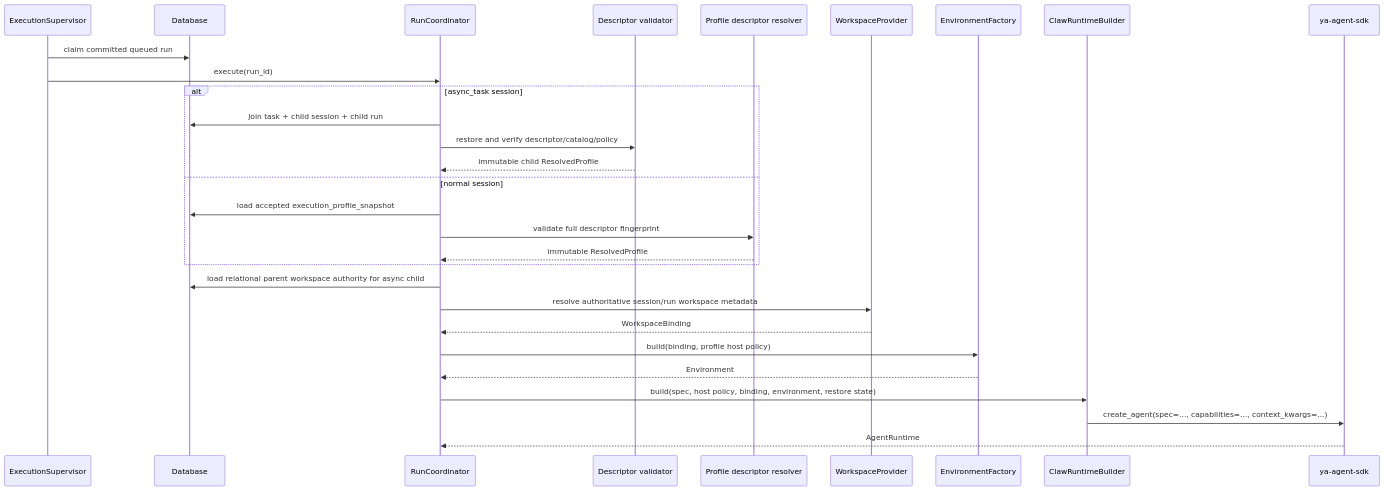
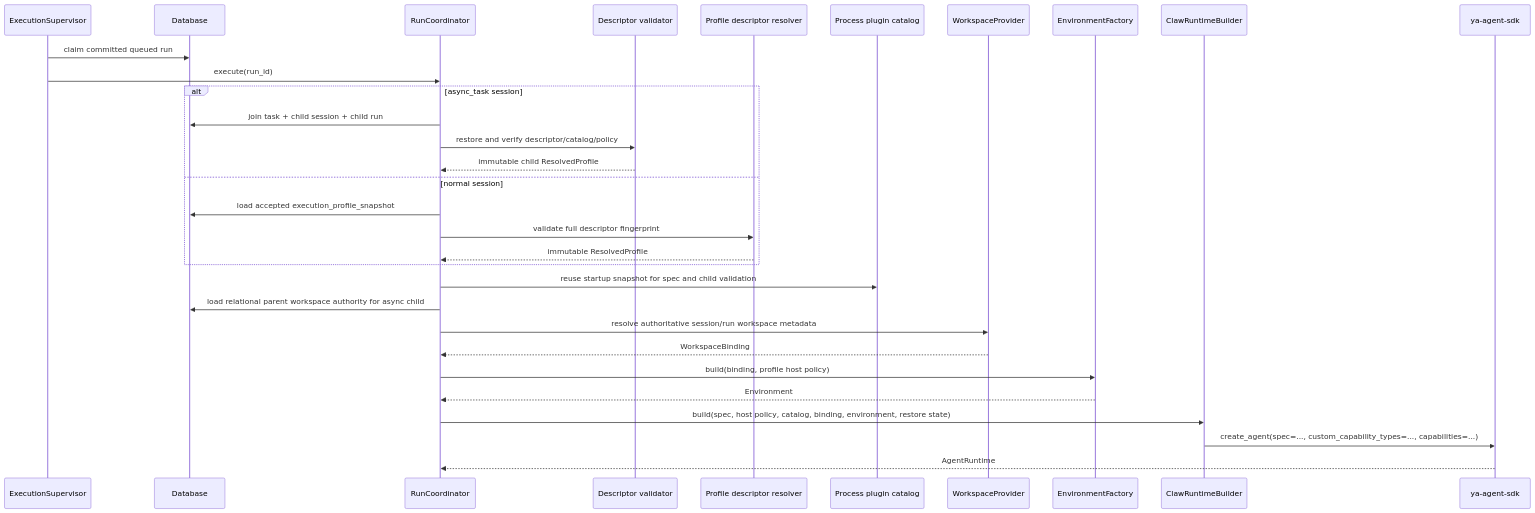
The diagram in packages/ya-claw/spec/06-runtime-assembly.md (Wh1isper/ya-agent-sdk), drawn with Mermaid before and after one commit. The commit also changed other lines of this file and 56 other files, not shown here.

````diff
--- a/packages/ya-claw/spec/06-runtime-assembly.md
+++ b/packages/ya-claw/spec/06-runtime-assembly.md
@@ -60,32 +68,34 @@
 ```mermaid
 sequenceDiagram
     participant SUP as ExecutionSupervisor
     participant SQL as Database
     participant COORD as RunCoordinator
     participant DESC as Descriptor validator
     participant PROF as Profile descriptor resolver
+    participant CAT as Process plugin catalog
     participant WP as WorkspaceProvider
     participant EF as EnvironmentFactory
     participant RB as ClawRuntimeBuilder
     participant SDK as ya-agent-sdk
 
     SUP->>SQL: claim committed queued run
     SUP->>COORD: execute(run_id)
     alt async_task session
         COORD->>SQL: join task + child session + child run
         COORD->>DESC: restore and verify descriptor/catalog/policy
         DESC-->>COORD: immutable child ResolvedProfile
     else normal session
         COORD->>SQL: load accepted execution_profile_snapshot
         COORD->>PROF: validate full descriptor fingerprint
         PROF-->>COORD: immutable ResolvedProfile
     end
+    COORD->>CAT: reuse startup snapshot for spec and child validation
     COORD->>SQL: load relational parent workspace authority for async child
     COORD->>WP: resolve authoritative session/run workspace metadata
     WP-->>COORD: WorkspaceBinding
     COORD->>EF: build(binding, profile host policy)
     EF-->>COORD: Environment
-    COORD->>RB: build(spec, host policy, binding, environment, restore state)
-    RB->>SDK: create_agent(spec=..., capabilities=..., context_kwargs=...)
+    COORD->>RB: build(spec, host policy, catalog, binding, environment, restore state)
+    RB->>SDK: create_agent(spec=..., custom_capability_types=..., capabilities=...)
     SDK-->>COORD: AgentRuntime
 ```
````
